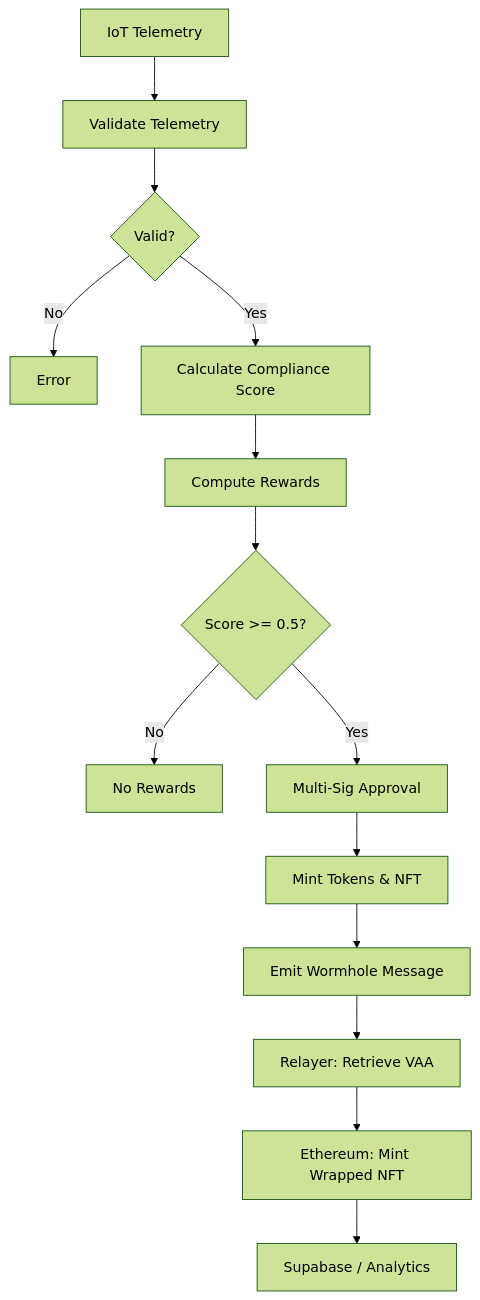
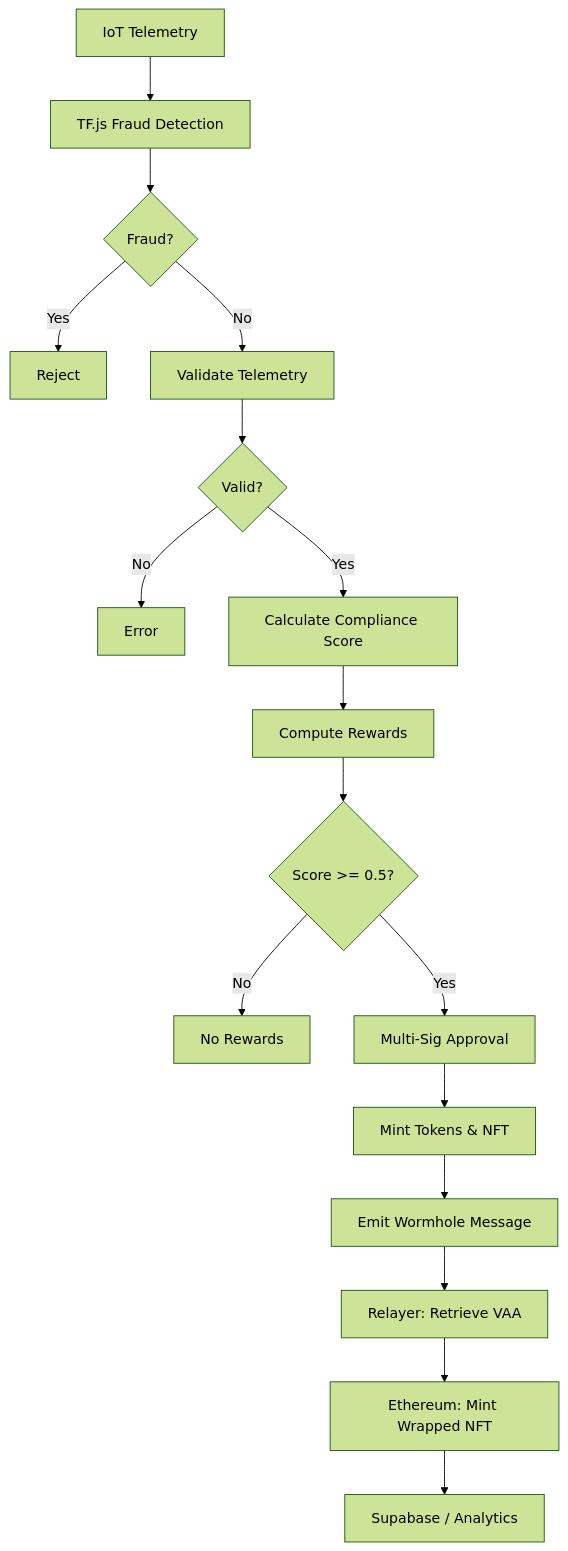
The diagram in README.md (PolymersNetwork/polymers-rewards), drawn with Mermaid (forest theme) before and after one commit. The commit also changed other lines of this file, not shown here.

````diff
--- a/README.md
+++ b/README.md
@@ -336,16 +376,19 @@
 ```mermaid
 flowchart TD
-    A[IoT Telemetry] --> B[Validate Telemetry]
-    B --> C{Valid?}
-    C -- No --> D[Error]
-    C -- Yes --> E[Calculate Compliance Score]
-    E --> F[Compute Rewards]
-    F --> G{Score >= 0.5?}
-    G -- No --> H[No Rewards]
-    G -- Yes --> I[Multi-Sig Approval]
-    I --> J[Mint Tokens & NFT]
-    J --> K[Emit Wormhole Message]
-    K --> L[Relayer: Retrieve VAA]
-    L --> M[Ethereum: Mint Wrapped NFT]
-    M --> N[Supabase / Analytics]
+    A[IoT Telemetry] --> B[TF.js Fraud Detection]
+    B --> C{Fraud?}
+    C -- Yes --> D[Reject]
+    C -- No --> E[Validate Telemetry]
+    E --> F{Valid?}
+    F -- No --> G[Error]
+    F -- Yes --> H[Calculate Compliance Score]
+    H --> I[Compute Rewards]
+    I --> J{Score >= 0.5?}
+    J -- No --> K[No Rewards]
+    J -- Yes --> L[Multi-Sig Approval]
+    L --> M[Mint Tokens & NFT]
+    M --> N[Emit Wormhole Message]
+    N --> O[Relayer: Retrieve VAA]
+    O --> P[Ethereum: Mint Wrapped NFT]
+    P --> Q[Supabase / Analytics]
 ```
````
